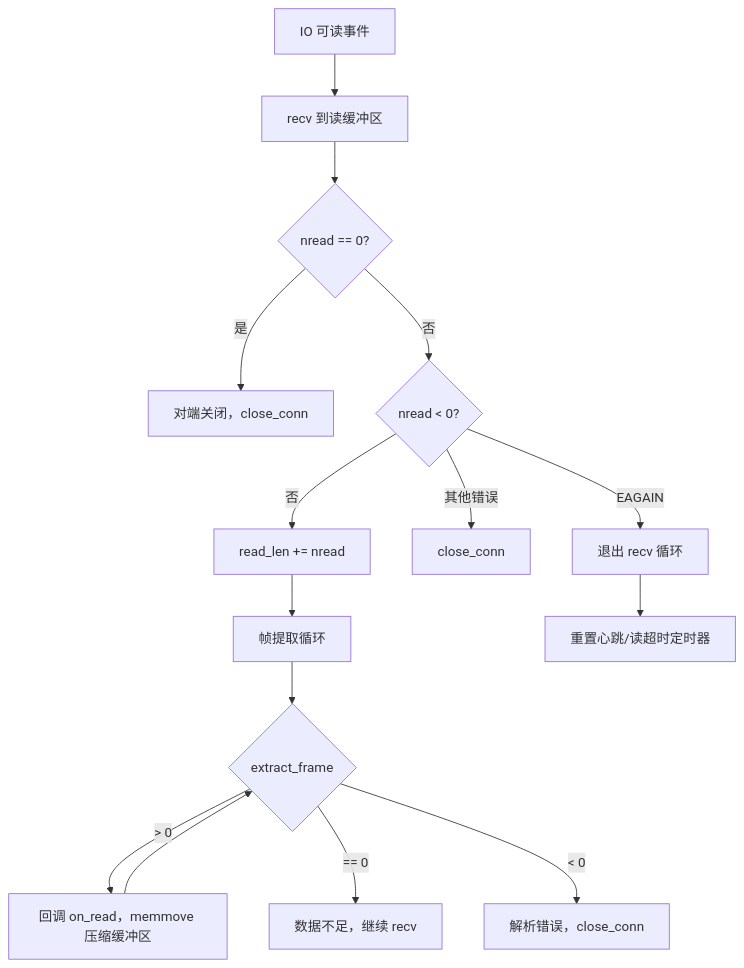
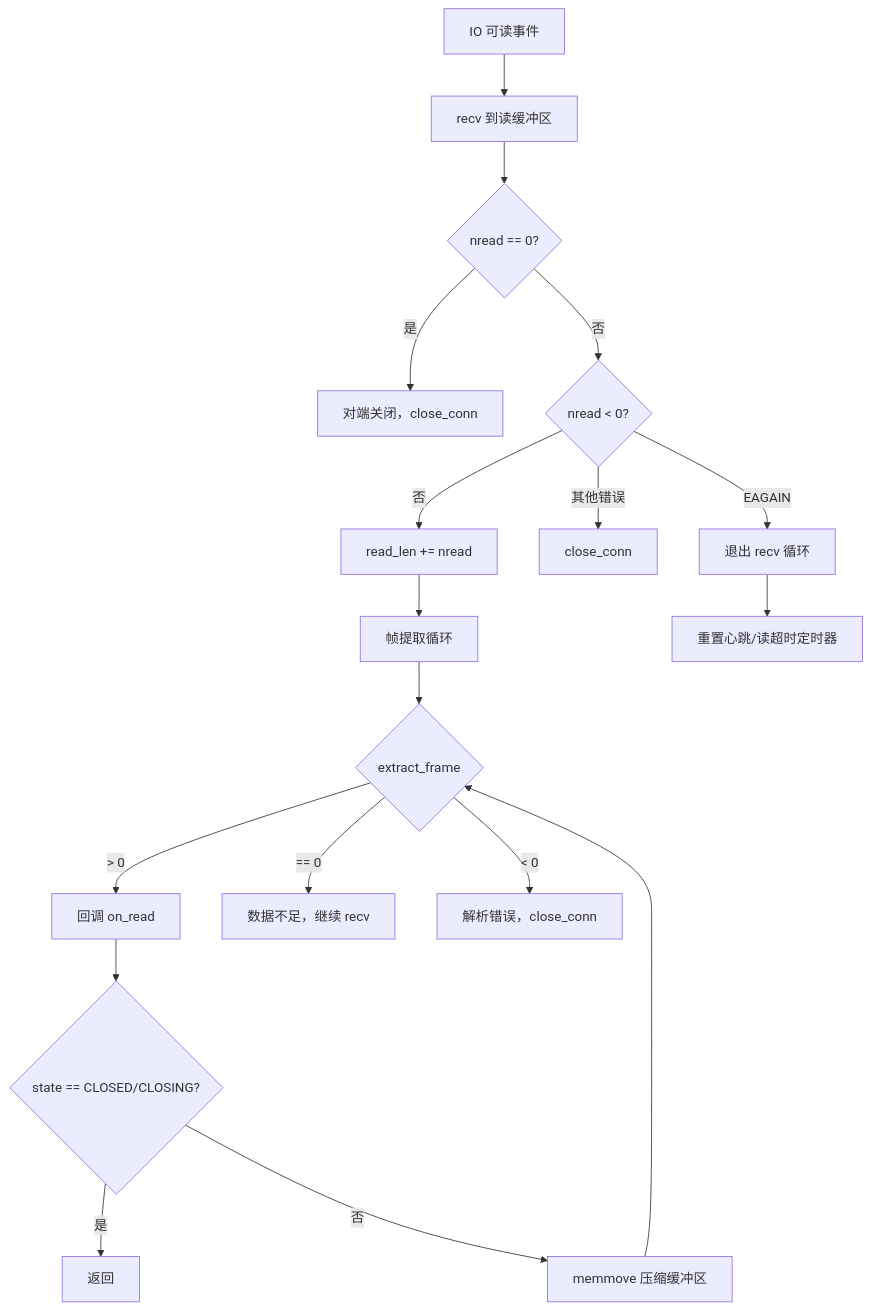
The third of 4 diagrams in .kiro/steering/tcp-design.md (MeristemForge/Xylem), drawn with Mermaid before and after one commit. The commit also changed other lines of this file and 10 other files, not shown here.

````diff
--- a/.kiro/steering/tcp-design.md
+++ b/.kiro/steering/tcp-design.md
@@ -263,17 +265,20 @@
 ```mermaid
 flowchart TD
     A[IO 可读事件] --> B[recv 到读缓冲区]
     B --> C{nread == 0?}
     C -->|是| D[对端关闭，close_conn]
     C -->|否| E{nread < 0?}
     E -->|EAGAIN| F[退出 recv 循环]
     E -->|其他错误| G[close_conn]
     E -->|否| H[read_len += nread]
     H --> I[帧提取循环]
     I --> J{extract_frame}
-    J -->|> 0| K[回调 on_read，memmove 压缩缓冲区]
-    K --> J
-    J -->|== 0| L[数据不足，继续 recv]
-    J -->|< 0| M[解析错误，close_conn]
-    F --> N[重置心跳/读超时定时器]
+    J -->|> 0| K[回调 on_read]
+    K --> L{state == CLOSED/CLOSING?}
+    L -->|是| M[返回]
+    L -->|否| N[memmove 压缩缓冲区]
+    N --> J
+    J -->|== 0| O[数据不足，继续 recv]
+    J -->|< 0| P[解析错误，close_conn]
+    F --> Q[重置心跳/读超时定时器]
 ```
````
